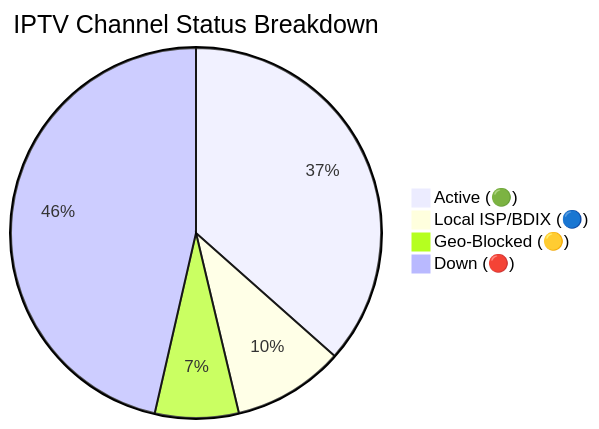
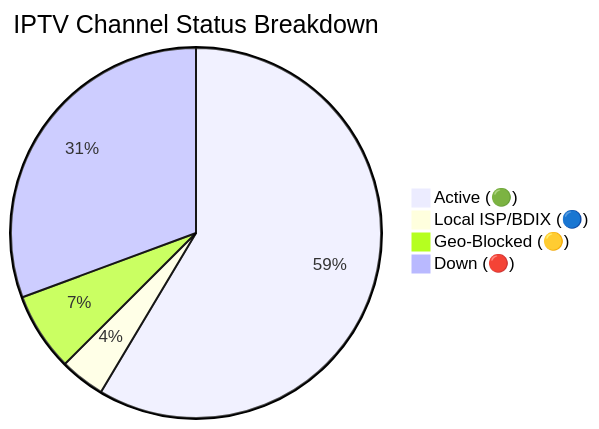
The diagram in README.md (Zaman-Topu/Ip-tv-Collection), drawn with Mermaid before and after one commit. The commit also changed other lines of this file and 1 other file, not shown here.

Commit message:
docs(readme): auto-update daily channel status chart

````diff
--- a/README.md
+++ b/README.md
@@ -59,7 +59,7 @@
 ```mermaid
 pie title IPTV Channel Status Breakdown
-    "Active (🟢)" : 2891
-    "Local ISP/BDIX (🔵)" : 769
-    "Geo-Blocked (🟡)" : 578
-    "Down (🔴)" : 3671
+    "Active (🟢)" : 11483
+    "Local ISP/BDIX (🔵)" : 771
+    "Geo-Blocked (🟡)" : 1343
+    "Down (🔴)" : 6007
 ```
````
